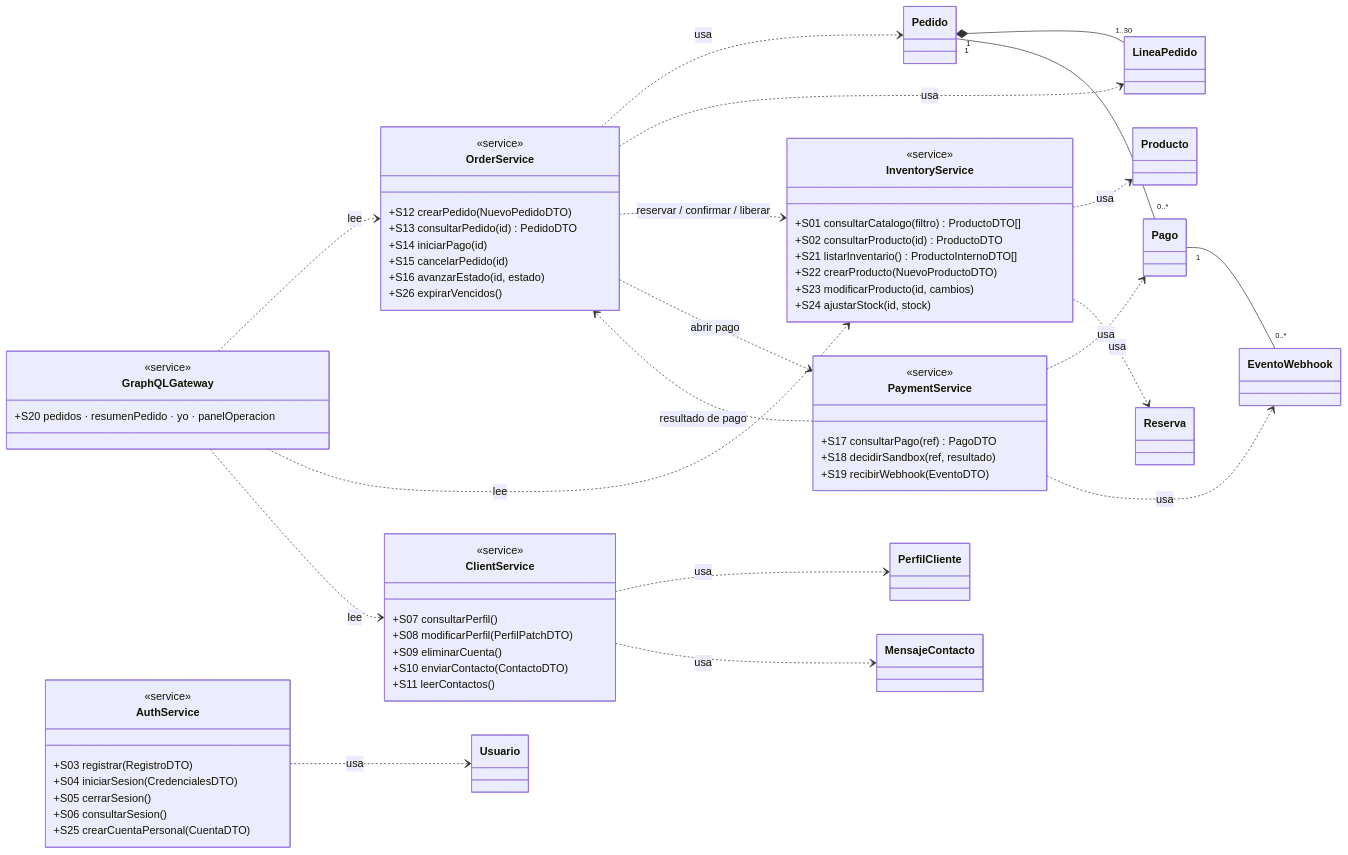
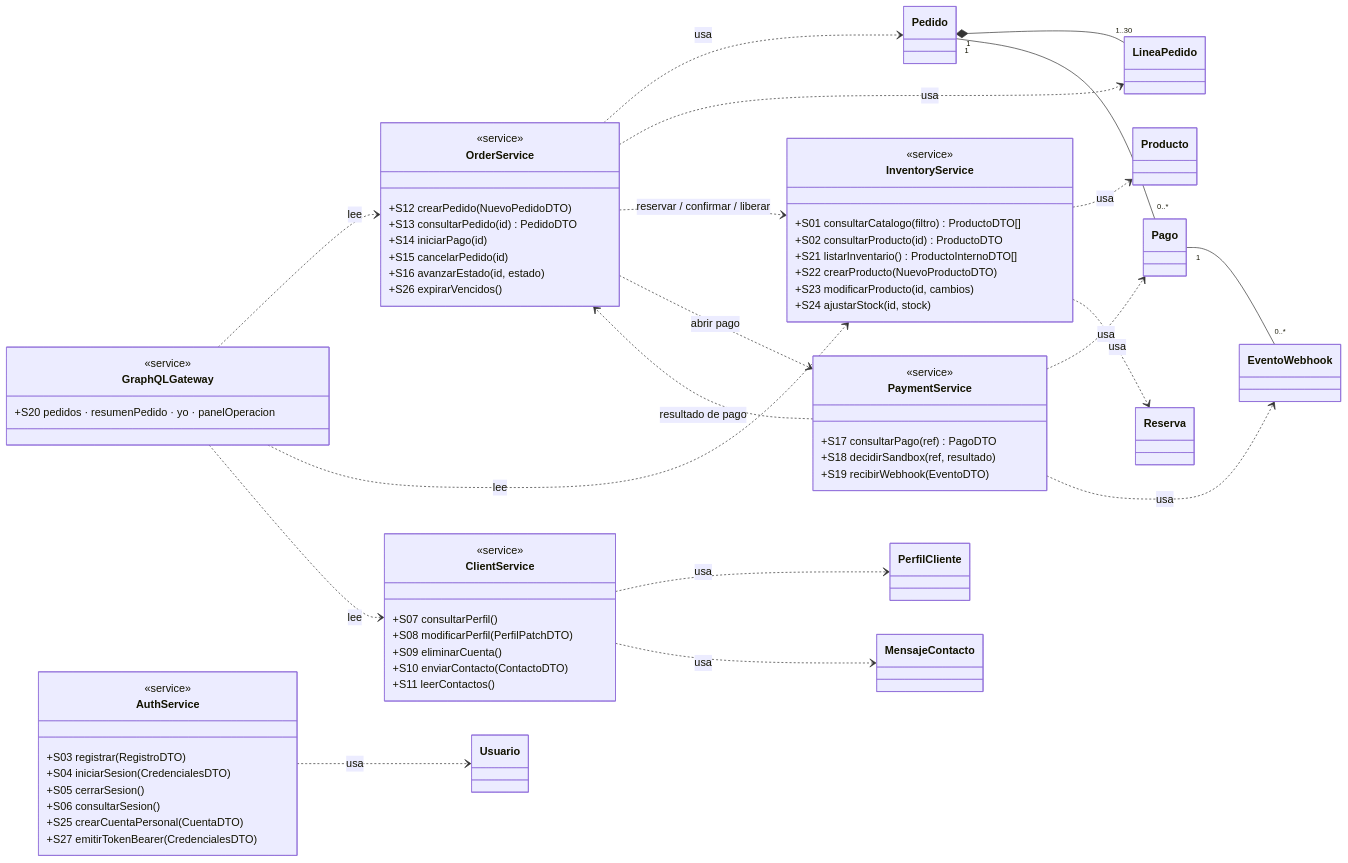
Before and after one commit to Jawsker/dwm20260203: the diagram in Unidad 2/evaluacion2/docs/diagramas/servicios_publicos.mmd, drawn with Mermaid. The commit also changed 68 other files, not shown here.

```diff
--- a/Unidad 2/evaluacion2/docs/diagramas/servicios_publicos.mmd
+++ b/Unidad 2/evaluacion2/docs/diagramas/servicios_publicos.mmd
@@ -1,73 +1,74 @@
 classDiagram
     direction LR
     class InventoryService {
         <<service>>
         +S01 consultarCatalogo(filtro) ProductoDTO[]
         +S02 consultarProducto(id) ProductoDTO
         +S21 listarInventario() ProductoInternoDTO[]
         +S22 crearProducto(NuevoProductoDTO)
         +S23 modificarProducto(id, cambios)
         +S24 ajustarStock(id, stock)
     }
     class AuthService {
         <<service>>
         +S03 registrar(RegistroDTO)
         +S04 iniciarSesion(CredencialesDTO)
         +S05 cerrarSesion()
         +S06 consultarSesion()
         +S25 crearCuentaPersonal(CuentaDTO)
+        +S27 emitirTokenBearer(CredencialesDTO)
     }
     class ClientService {
         <<service>>
         +S07 consultarPerfil()
         +S08 modificarPerfil(PerfilPatchDTO)
         +S09 eliminarCuenta()
         +S10 enviarContacto(ContactoDTO)
         +S11 leerContactos()
     }
     class OrderService {
         <<service>>
         +S12 crearPedido(NuevoPedidoDTO)
         +S13 consultarPedido(id) PedidoDTO
         +S14 iniciarPago(id)
         +S15 cancelarPedido(id)
         +S16 avanzarEstado(id, estado)
         +S26 expirarVencidos()
     }
     class PaymentService {
         <<service>>
         +S17 consultarPago(ref) PagoDTO
         +S18 decidirSandbox(ref, resultado)
         +S19 recibirWebhook(EventoDTO)
     }
     class GraphQLGateway {
         <<service>>
         +S20 pedidos · resumenPedido · yo · panelOperacion
     }
     class Usuario
     class PerfilCliente
     class MensajeContacto
     class Producto
     class Reserva
     class Pedido
     class LineaPedido
     class Pago
     class EventoWebhook
     AuthService ..> Usuario : usa
     ClientService ..> PerfilCliente : usa
     ClientService ..> MensajeContacto : usa
     InventoryService ..> Producto : usa
     InventoryService ..> Reserva : usa
     OrderService ..> Pedido : usa
     OrderService ..> LineaPedido : usa
     PaymentService ..> Pago : usa
     PaymentService ..> EventoWebhook : usa
     OrderService ..> InventoryService : reservar / confirmar / liberar
     OrderService ..> PaymentService : abrir pago
     PaymentService ..> OrderService : resultado de pago
     GraphQLGateway ..> OrderService : lee
     GraphQLGateway ..> InventoryService : lee
     GraphQLGateway ..> ClientService : lee
     Pedido "1" *-- "1..30" LineaPedido
     Pedido "1" -- "0..*" Pago
     Pago "1" -- "0..*" EventoWebhook
```
